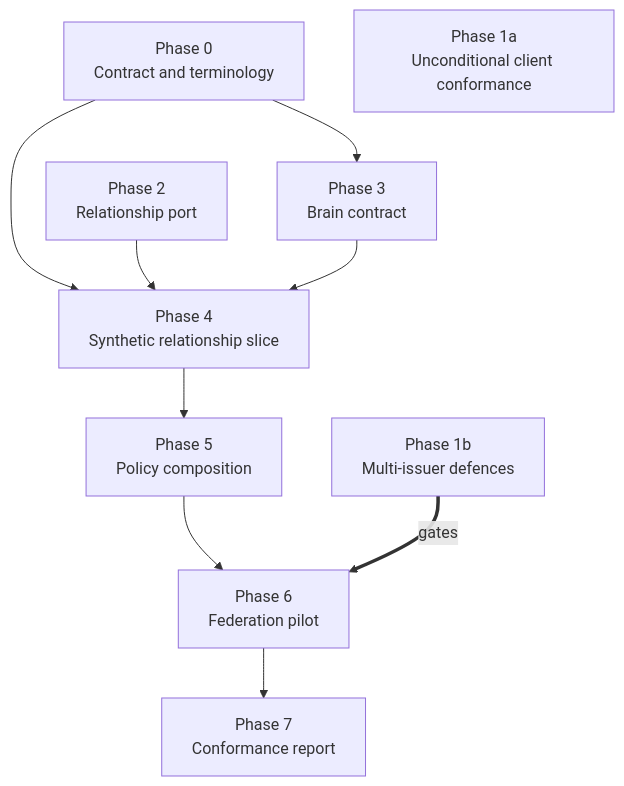
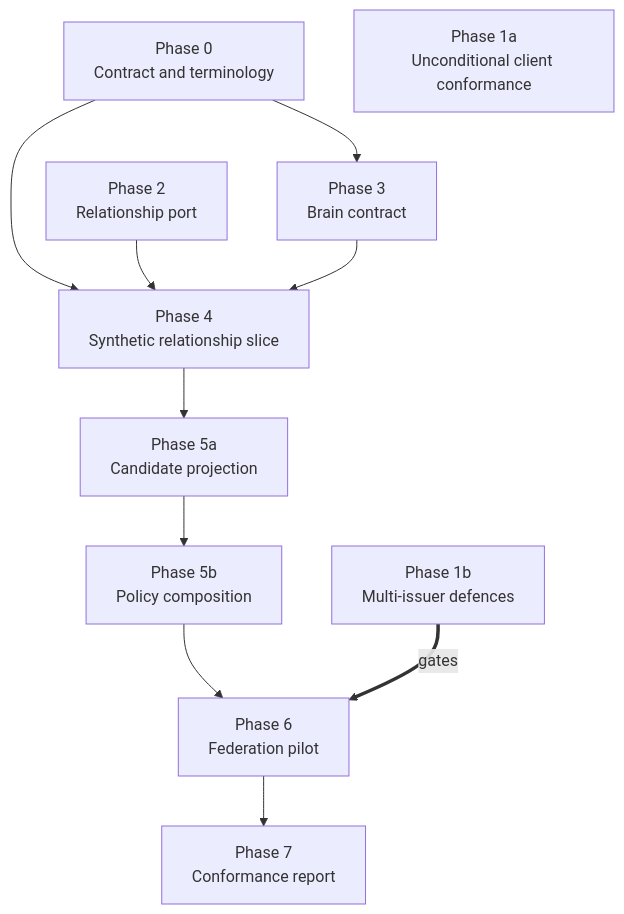
Before and after one commit to jamescrowley321/identity-stack-planning: the diagram in docs/governed-brain-implementation-plan.md, drawn with Mermaid. The commit also changed other lines of this file and 2 other files, not shown here.

First line of the commit message:
docs: abstract architecture first, and re-derive the plan from it with tool gates

````diff
--- a/docs/governed-brain-implementation-plan.md
+++ b/docs/governed-brain-implementation-plan.md
@@ -161,21 +273,23 @@
 ```mermaid
 flowchart TD
   P0[Phase 0<br/>Contract and terminology]
   P1A[Phase 1a<br/>Unconditional client conformance]
   P1B[Phase 1b<br/>Multi-issuer defences]
   P2[Phase 2<br/>Relationship port]
   P3[Phase 3<br/>Brain contract]
   P4[Phase 4<br/>Synthetic relationship slice]
-  P5[Phase 5<br/>Policy composition]
+  P5A[Phase 5a<br/>Candidate projection]
+  P5B[Phase 5b<br/>Policy composition]
   P6[Phase 6<br/>Federation pilot]
   P7[Phase 7<br/>Conformance report]
 
   P0 --> P3
   P0 --> P4
   P2 --> P4
   P3 --> P4
-  P4 --> P5
-  P5 --> P6
+  P4 --> P5A
+  P5A --> P5B
+  P5B --> P6
   P1B ==>|gates| P6
   P6 --> P7
 ```
````
